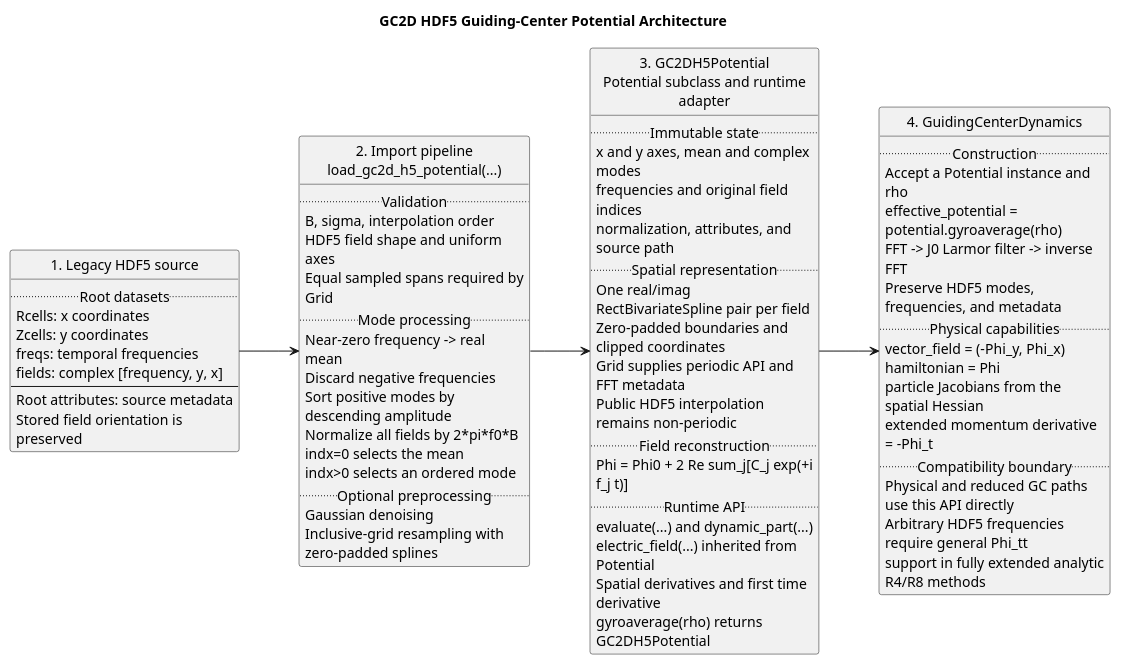
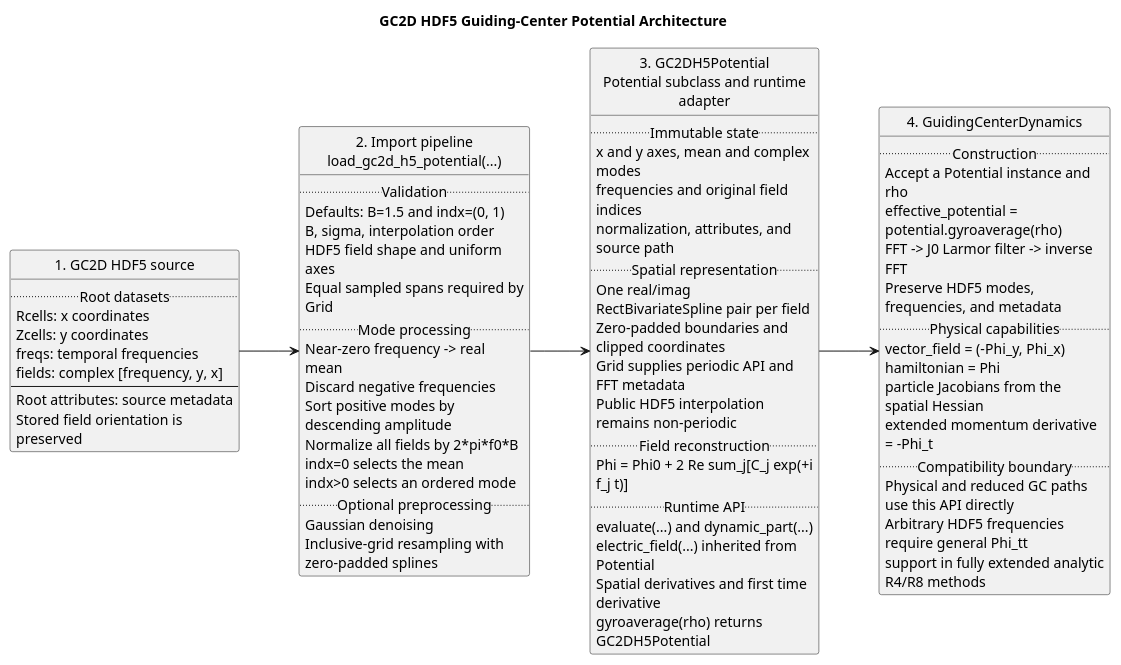
Before and after one commit to Jugibe-52/GC2D_intranet: the diagram in docs/potential/gc2d-h5-potential-architecture.puml, drawn with PlantUML. The commit also changed 7 other files, not shown here.

```diff
--- a/docs/potential/gc2d-h5-potential-architecture.puml
+++ b/docs/potential/gc2d-h5-potential-architecture.puml
@@ -1,84 +1,85 @@
 @startuml
 title GC2D HDF5 Guiding-Center Potential Architecture
 
 left to right direction
 
 skinparam shadowing false
 skinparam linetype ortho
 skinparam nodesep 35
 skinparam ranksep 60
 skinparam defaultTextAlignment left
 skinparam classAttributeIconSize 0
 skinparam wrapWidth 220
 
 hide circle
 
-class "1. Legacy HDF5 source" as HDF5Source {
+class "1. GC2D HDF5 source" as HDF5Source {
   .. Root datasets ..
   Rcells: x coordinates
   Zcells: y coordinates
   freqs: temporal frequencies
   fields: complex [frequency, y, x]
   --
   Root attributes: source metadata
   Stored field orientation is preserved
 }
 
 class "2. Import pipeline\nload_gc2d_h5_potential(...)" as ImportPipeline {
   .. Validation ..
+  Defaults: B=1.5 and indx=(0, 1)
   B, sigma, interpolation order
   HDF5 field shape and uniform axes
   Equal sampled spans required by Grid
   .. Mode processing ..
   Near-zero frequency -> real mean
   Discard negative frequencies
   Sort positive modes by descending amplitude
   Normalize all fields by 2*pi*f0*B
   indx=0 selects the mean
   indx>0 selects an ordered mode
   .. Optional preprocessing ..
   Gaussian denoising
   Inclusive-grid resampling with zero-padded splines
 }
 
 class "3. GC2DH5Potential\nPotential subclass and runtime adapter" as H5Potential {
   .. Immutable state ..
   x and y axes, mean and complex modes
   frequencies and original field indices
   normalization, attributes, and source path
   .. Spatial representation ..
   One real/imag RectBivariateSpline pair per field
   Zero-padded boundaries and clipped coordinates
   Grid supplies periodic API and FFT metadata
   Public HDF5 interpolation remains non-periodic
   .. Field reconstruction ..
   Phi = Phi0 + 2 Re sum_j[C_j exp(+i f_j t)]
   .. Runtime API ..
   evaluate(...) and dynamic_part(...)
   electric_field(...) inherited from Potential
   Spatial derivatives and first time derivative
   gyroaverage(rho) returns GC2DH5Potential
 }
 
 class "4. GuidingCenterDynamics" as GCDynamics {
   .. Construction ..
   Accept a Potential instance and rho
   effective_potential = potential.gyroaverage(rho)
   FFT -> J0 Larmor filter -> inverse FFT
   Preserve HDF5 modes, frequencies, and metadata
   .. Physical capabilities ..
   vector_field = (-Phi_y, Phi_x)
   hamiltonian = Phi
   particle Jacobians from the spatial Hessian
   extended momentum derivative = -Phi_t
   .. Compatibility boundary ..
   Physical and reduced GC paths use this API directly
   Arbitrary HDF5 frequencies require general Phi_tt
   support in fully extended analytic R4/R8 methods
 }
 
 HDF5Source --> ImportPipeline
 ImportPipeline --> H5Potential
 H5Potential --> GCDynamics
 
 @enduml
```
